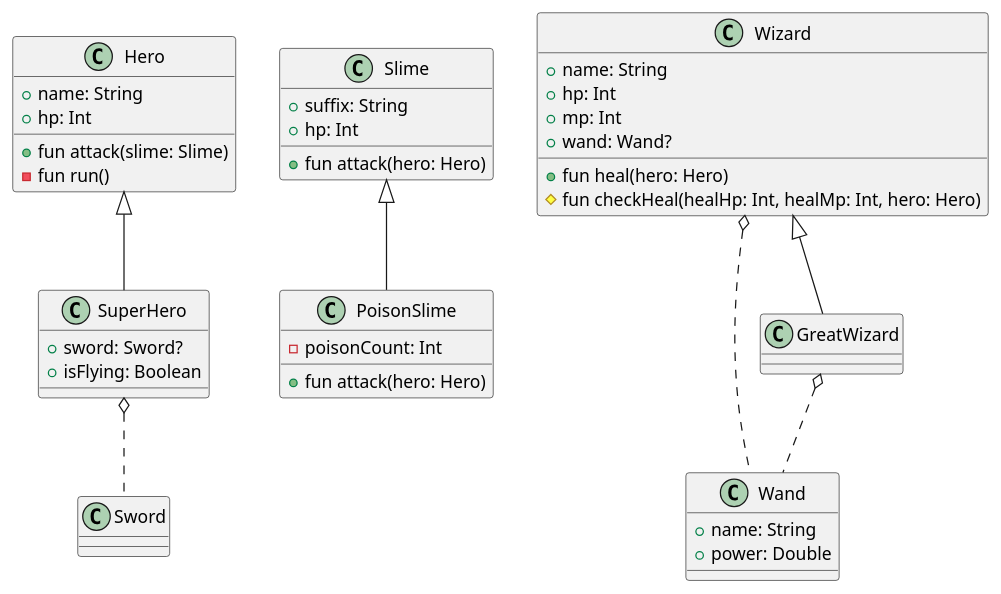
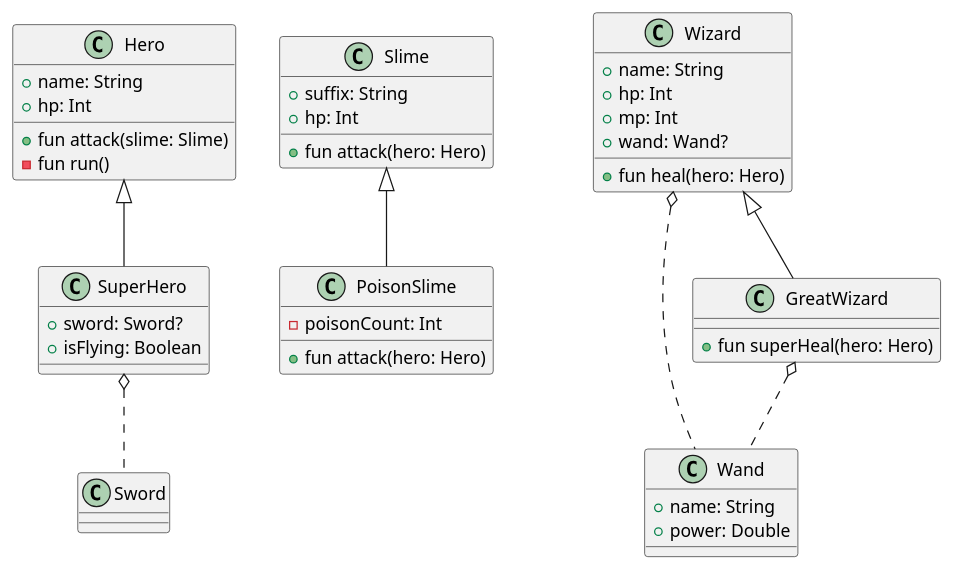
One commit to SurvivalCodingCampus/gangnam2_kotlin_study changed the diagram in docs/game.puml. Above: the diagram before and after it, drawn with PlantUML.

Commit message:
Docs: game.puml에 수정사항 반영

```diff
--- a/docs/game.puml
+++ b/docs/game.puml
@@ -1,54 +1,54 @@
 @startuml
 
 class Hero {
     + name: String
     + hp: Int
 
     + fun attack(slime: Slime)
     - fun run()
 }
 
 class SuperHero extends Hero {
     + sword: Sword?
     + isFlying: Boolean
 }
 
 class Sword {
 
 }
 
 SuperHero o.. Sword
 
 class Slime {
     + suffix: String
     + hp: Int
     + fun attack(hero: Hero)
 }
 
 class PoisonSlime extends Slime {
     - poisonCount: Int
     + fun attack(hero: Hero)
 }
 
 class Wand {
     + name: String
     + power: Double
 }
 
 class Wizard {
     + name: String
     + hp: Int
     + mp: Int
     + wand: Wand?
     + fun heal(hero: Hero)
-    # fun checkHeal(healHp: Int, healMp: Int, hero: Hero)
 }
 
 class GreatWizard extends Wizard {
-
+    + fun superHeal(hero: Hero)
 }
 
 Wizard o.. Wand
 GreatWizard o.. Wand
 
+
 @enduml
```
